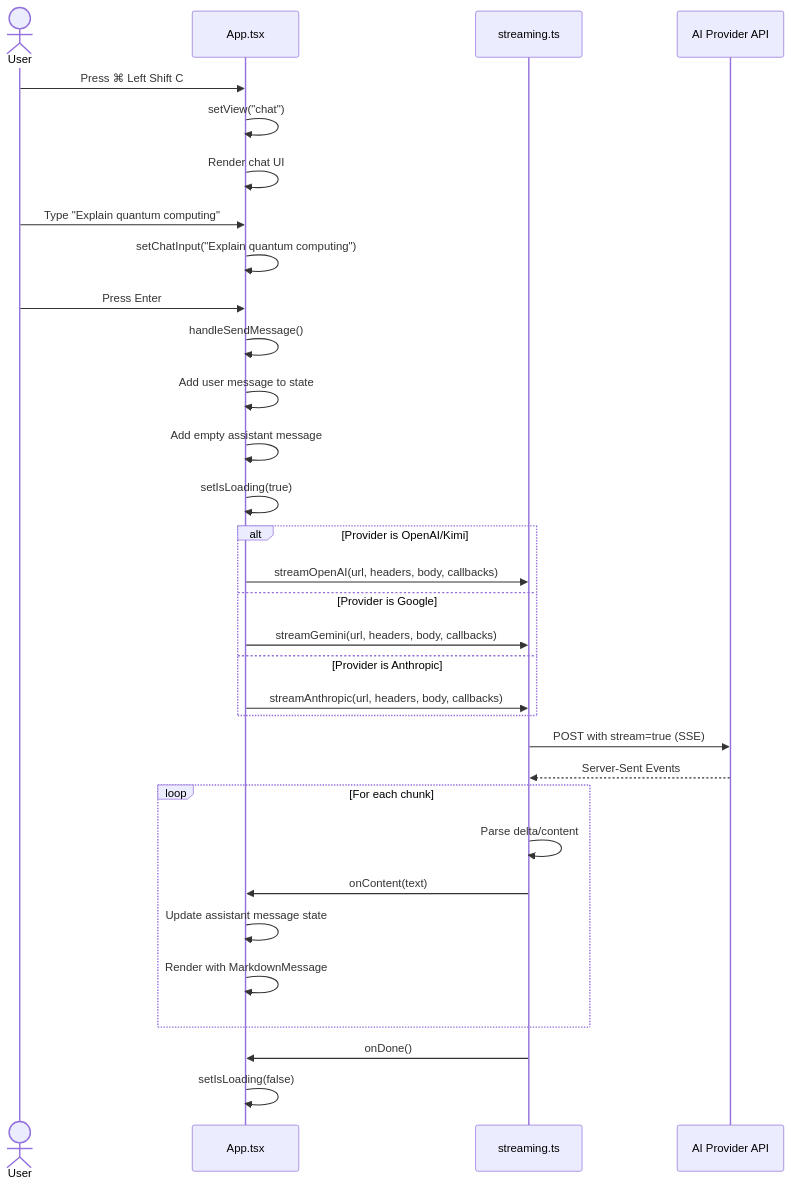
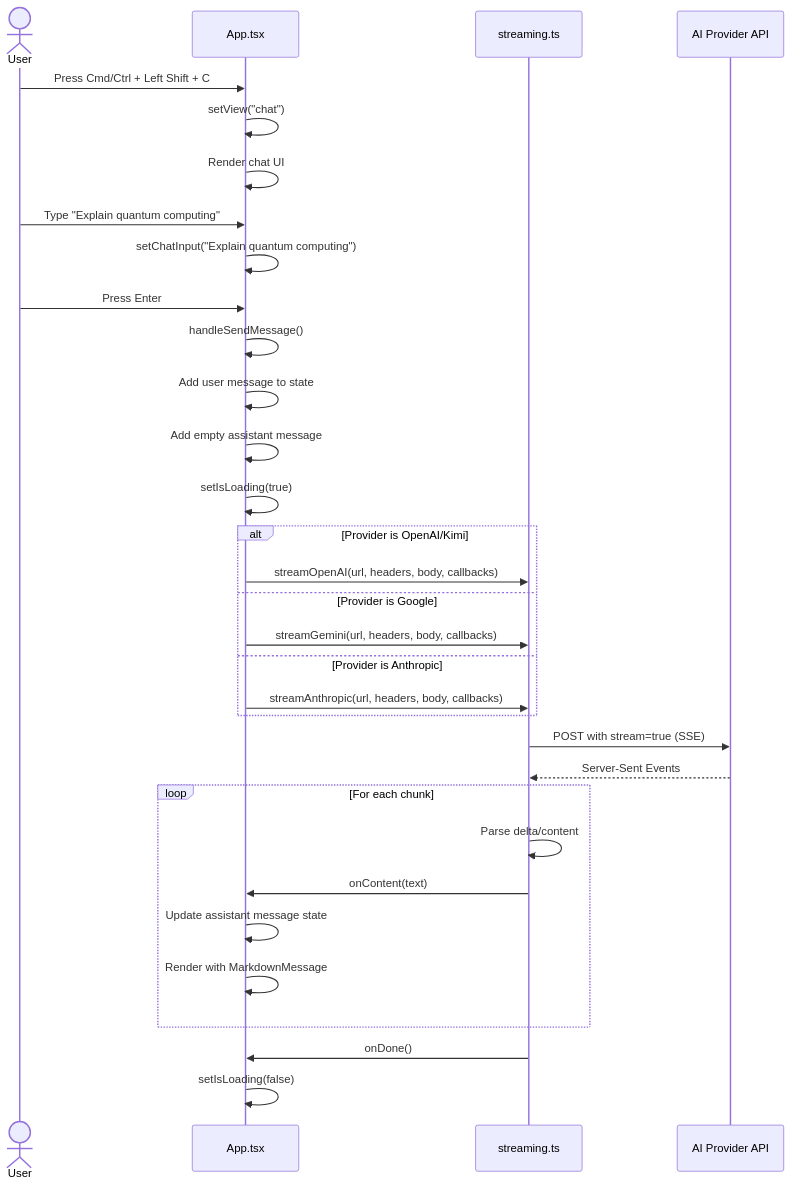
One commit to RickyDane/gquick changed the sixth of 11 diagrams in arch/diagrams/sequence.md. Above: the diagram before and after it, drawn with Mermaid. The commit also changed 10 other files, not shown here.

````diff
--- a/arch/diagrams/sequence.md
+++ b/arch/diagrams/sequence.md
@@ -222,41 +222,41 @@
 ```mermaid
 sequenceDiagram
     actor User
     participant App as App.tsx
     participant Stream as streaming.ts
     participant API as AI Provider API
 
-    User->>App: Press ⌘ Left Shift C
+    User->>App: Press Cmd/Ctrl + Left Shift + C
     App->>App: setView("chat")
     App->>App: Render chat UI
 
     User->>App: Type "Explain quantum computing"
     App->>App: setChatInput("Explain quantum computing")
 
     User->>App: Press Enter
     App->>App: handleSendMessage()
     App->>App: Add user message to state
     App->>App: Add empty assistant message
     App->>App: setIsLoading(true)
 
     alt Provider is OpenAI/Kimi
         App->>Stream: streamOpenAI(url, headers, body, callbacks)
     else Provider is Google
         App->>Stream: streamGemini(url, headers, body, callbacks)
     else Provider is Anthropic
         App->>Stream: streamAnthropic(url, headers, body, callbacks)
     end
 
     Stream->>API: POST with stream=true (SSE)
     API-->>Stream: Server-Sent Events
 
     loop For each chunk
         Stream->>Stream: Parse delta/content
         Stream->>App: onContent(text)
         App->>App: Update assistant message state
         App->>App: Render with MarkdownMessage
     end
 
     Stream->>App: onDone()
     App->>App: setIsLoading(false)
 ```
````
